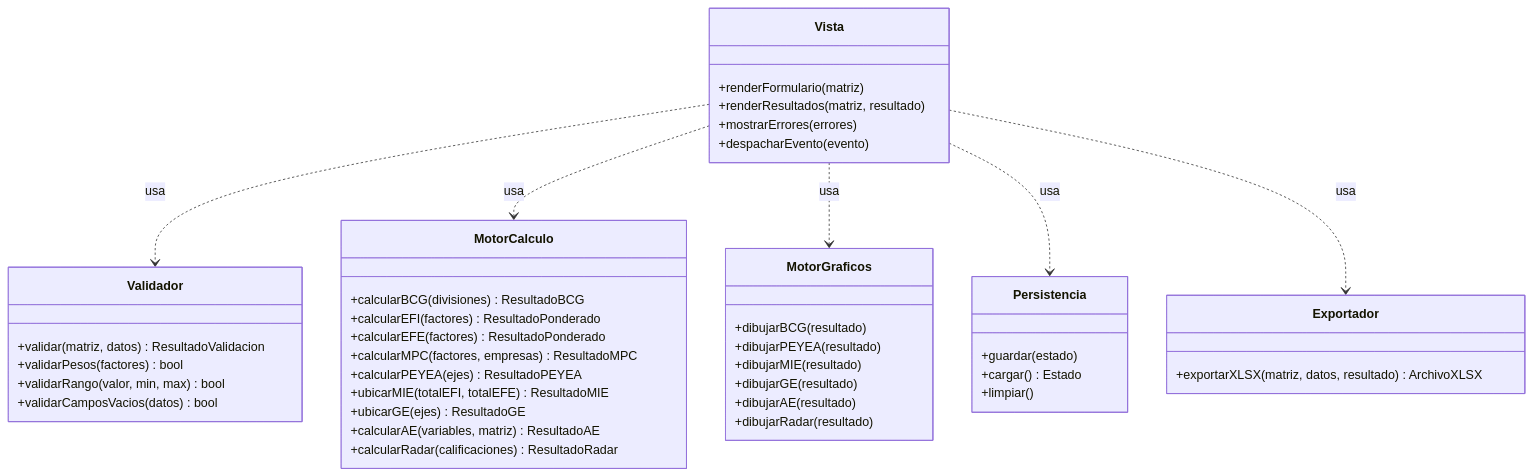
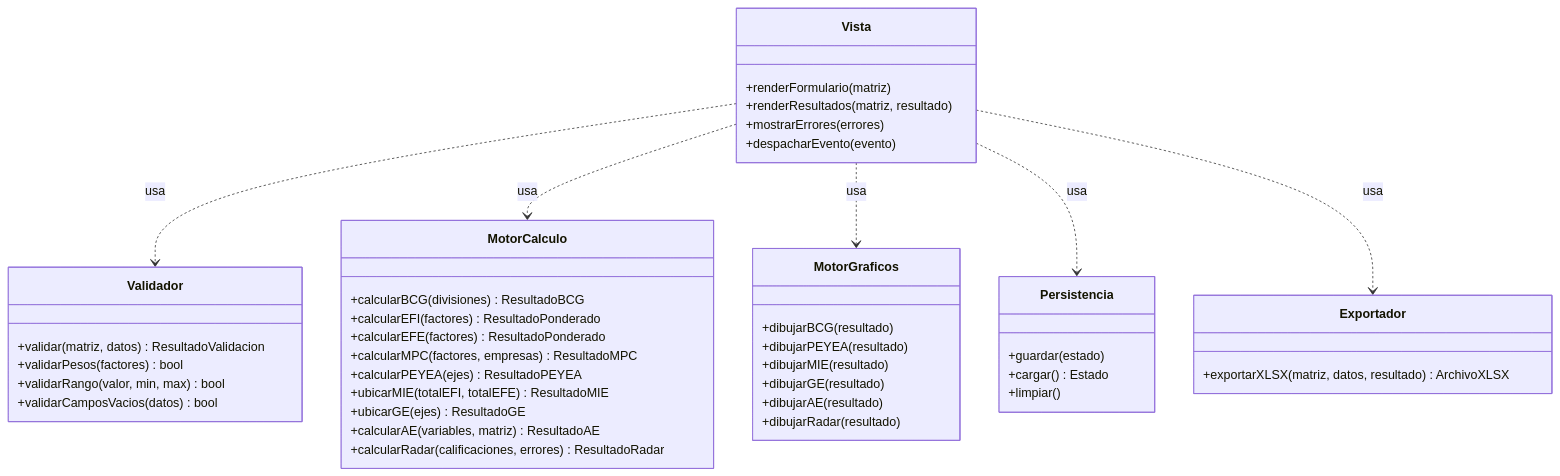
Before and after one commit to gerson-chumpitaz/mtx: the first of 11 diagrams in VUP.md, drawn with Mermaid. The commit also changed other lines of this file, not shown here.

Commit message:
Sincronizar Elaboration II del Modulo 3 con el cambio de firma de calcularRadar (ahora recibe errores)

````diff
--- a/VUP.md
+++ b/VUP.md
@@ -381,47 +381,47 @@
 ```mermaid
 classDiagram
     class Vista {
         +renderFormulario(matriz)
         +renderResultados(matriz, resultado)
         +mostrarErrores(errores)
         +despacharEvento(evento)
     }
     class Validador {
         +validar(matriz, datos) ResultadoValidacion
         +validarPesos(factores) bool
         +validarRango(valor, min, max) bool
         +validarCamposVacios(datos) bool
     }
     class MotorCalculo {
         +calcularBCG(divisiones) ResultadoBCG
         +calcularEFI(factores) ResultadoPonderado
         +calcularEFE(factores) ResultadoPonderado
         +calcularMPC(factores, empresas) ResultadoMPC
         +calcularPEYEA(ejes) ResultadoPEYEA
         +ubicarMIE(totalEFI, totalEFE) ResultadoMIE
         +ubicarGE(ejes) ResultadoGE
         +calcularAE(variables, matriz) ResultadoAE
-        +calcularRadar(calificaciones) ResultadoRadar
+        +calcularRadar(calificaciones, errores) ResultadoRadar
     }
     class MotorGraficos {
         +dibujarBCG(resultado)
         +dibujarPEYEA(resultado)
         +dibujarMIE(resultado)
         +dibujarGE(resultado)
         +dibujarAE(resultado)
         +dibujarRadar(resultado)
     }
     class Persistencia {
         +guardar(estado)
         +cargar() Estado
         +limpiar()
     }
     class Exportador {
         +exportarXLSX(matriz, datos, resultado) ArchivoXLSX
     }
     Vista ..> Validador : usa
     Vista ..> MotorCalculo : usa
     Vista ..> MotorGraficos : usa
     Vista ..> Persistencia : usa
     Vista ..> Exportador : usa
 ```
````
